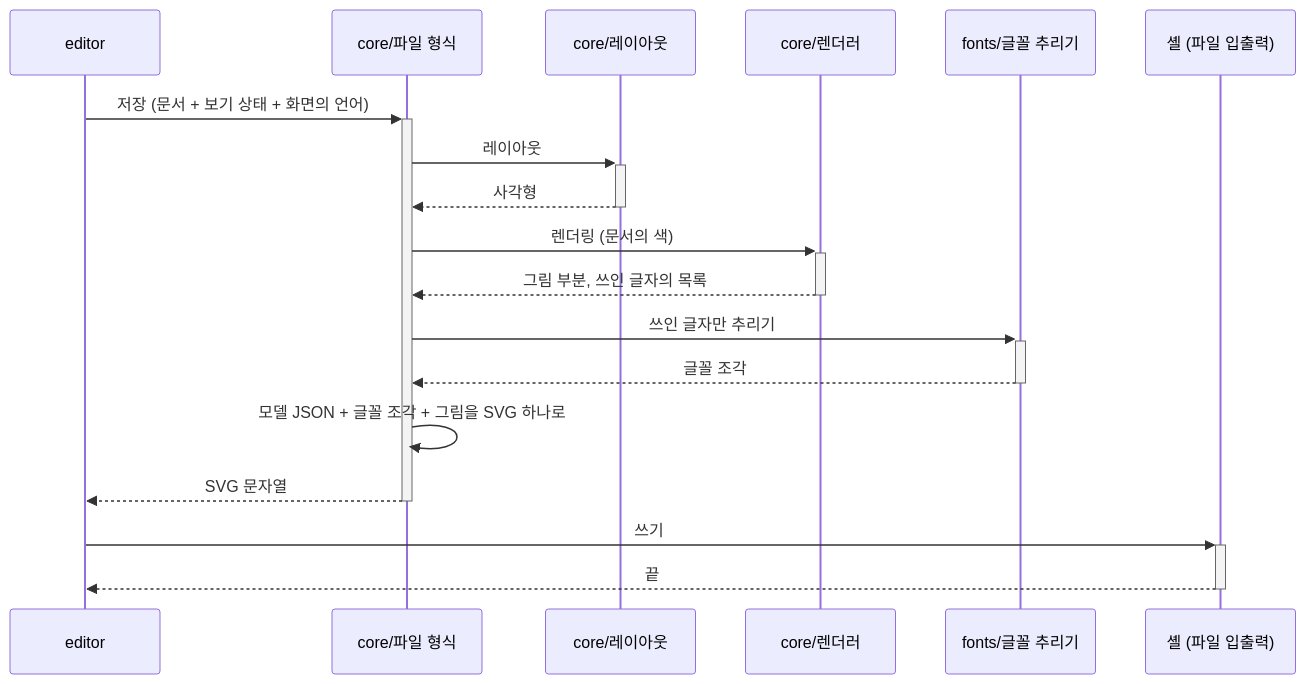
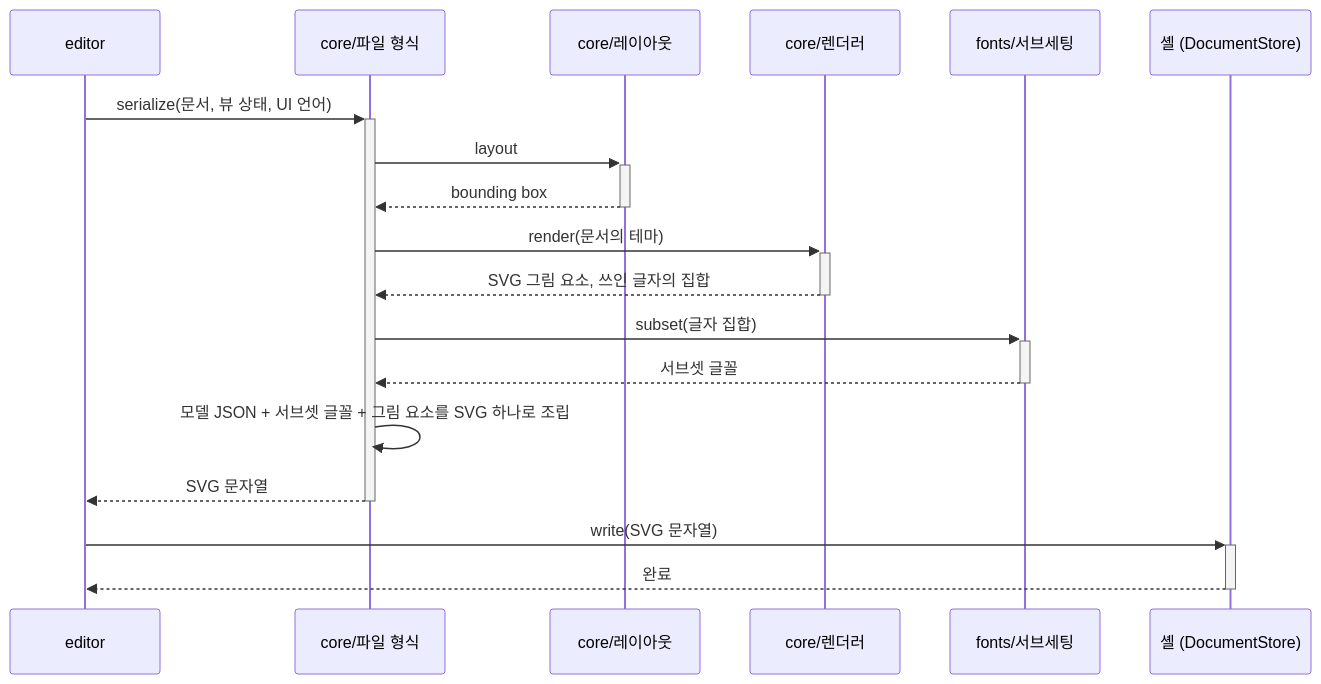
One commit to reddiana/AriadneNSD changed the sixth of 6 diagrams in docs/03-architecture/03-architecture.md. Above: the diagram before and after it, drawn with Mermaid. The commit also changed other lines of this file and 7 other files, not shown here.

Commit message:
아키텍처 개요를 SW 엔지니어의 용어와 UML로(메인테이너 inbox, 견본): 패키지 의존 · editor-셸 인터페이스(필요/제공) · 모델 클래스 다이어그램, 컨텍스트 그림에 범례. 3.1→3.4, 3.2→3.5로 절 번호가 바뀌어 링크를 고침

````diff
--- a/docs/03-architecture/03-architecture.md
+++ b/docs/03-architecture/03-architecture.md
@@ -191,20 +286,20 @@
 ```mermaid
 sequenceDiagram
     participant E as editor
     participant F as core/파일 형식
     participant L as core/레이아웃
     participant R as core/렌더러
-    participant T as fonts/글꼴 추리기
-    participant S as 셸 (파일 입출력)
-    E->>+F: 저장 (문서 + 보기 상태 + 화면의 언어)
-    F->>+L: 레이아웃
-    L-->>-F: 사각형
-    F->>+R: 렌더링 (문서의 색)
-    R-->>-F: 그림 부분, 쓰인 글자의 목록
-    F->>+T: 쓰인 글자만 추리기
-    T-->>-F: 글꼴 조각
-    F->>F: 모델 JSON + 글꼴 조각 + 그림을 SVG 하나로
+    participant T as fonts/서브세팅
+    participant S as 셸 (DocumentStore)
+    E->>+F: serialize(문서, 뷰 상태, UI 언어)
+    F->>+L: layout
+    L-->>-F: bounding box
+    F->>+R: render(문서의 테마)
+    R-->>-F: SVG 그림 요소, 쓰인 글자의 집합
+    F->>+T: subset(글자 집합)
+    T-->>-F: 서브셋 글꼴
+    F->>F: 모델 JSON + 서브셋 글꼴 + 그림 요소를 SVG 하나로 조립
     F-->>-E: SVG 문자열
-    E->>+S: 쓰기
-    S-->>-E: 끝
+    E->>+S: write(SVG 문자열)
+    S-->>-E: 완료
 ```
````
